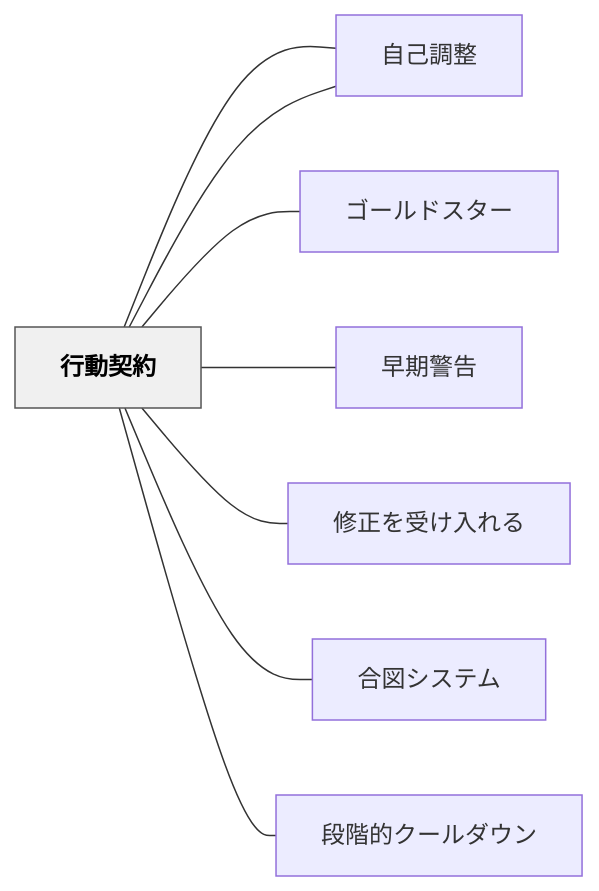
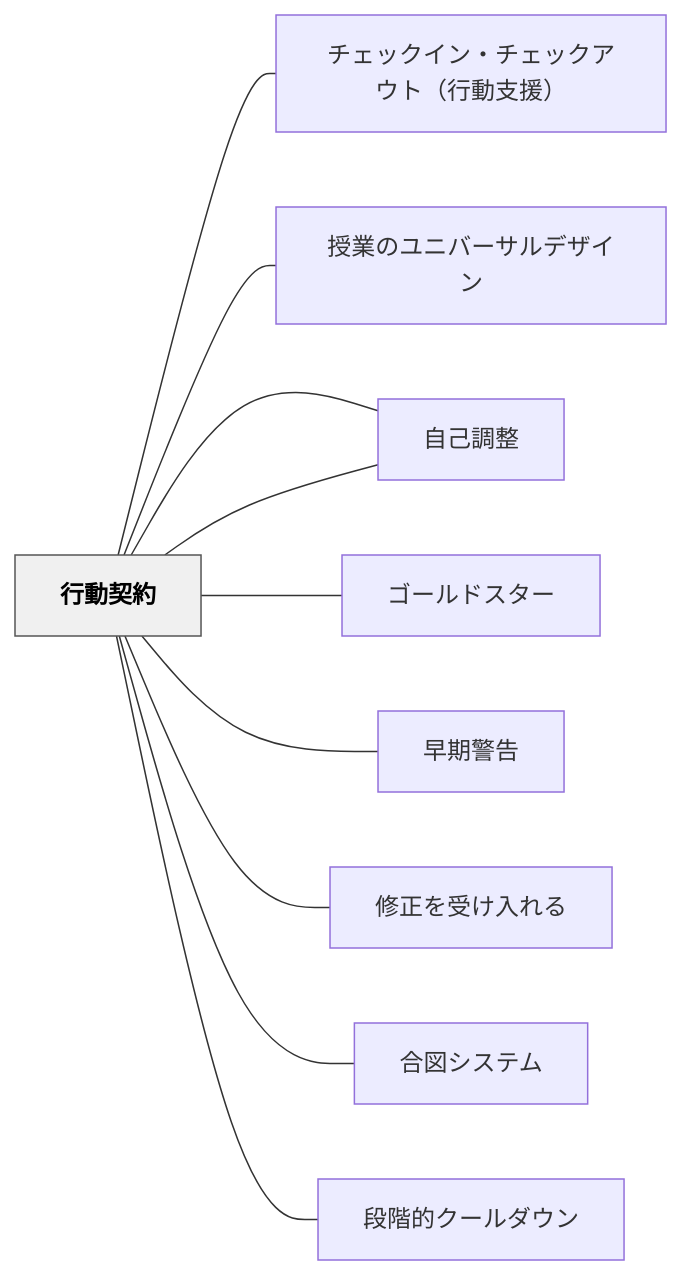
One commit to unknownthings-ed-patterns/unknownthings-ed-patterns changed the diagram in content/パタン/行動契約.md. Above: the diagram before and after it, drawn with Mermaid. The commit also changed other lines of this file and 473 other files, not shown here.

````diff
--- a/content/パタン/行動契約.md
+++ b/content/パタン/行動契約.md
@@ -110,22 +112,26 @@
 ```mermaid
 flowchart LR
     ne8a18ce58b95["行動契約"]
+    ne38381e382a7["チェックイン・チェックアウト（行動支援）"]
+    ne68e88e6a5ad["授業のユニバーサルデザイン"]
     ne887aae5b7b1["自己選択自己決定"]
     ne887aae5b7b1["自己調整"]
     ne382b4e383bc["ゴールドスター"]
     ne697a9e69c9f["早期警告"]
     ne4bfaee6ada3["修正を受け入れる"]
     ne59088e59bb3["合図システム"]
     ne6aeb5e99a8e["段階的クールダウン"]
 
+    ne8a18ce58b95 --- ne38381e382a7
+    ne8a18ce58b95 --- ne68e88e6a5ad
     ne8a18ce58b95 --- ne887aae5b7b1
     ne8a18ce58b95 --- ne887aae5b7b1
     ne8a18ce58b95 --- ne382b4e383bc
     ne8a18ce58b95 --- ne697a9e69c9f
     ne8a18ce58b95 --- ne4bfaee6ada3
     ne8a18ce58b95 --- ne59088e59bb3
     ne8a18ce58b95 --- ne6aeb5e99a8e
 
     classDef hub fill:#f0f0f0,stroke:#555,color:#000,font-weight:bold
     class ne8a18ce58b95 hub
 ```
````
